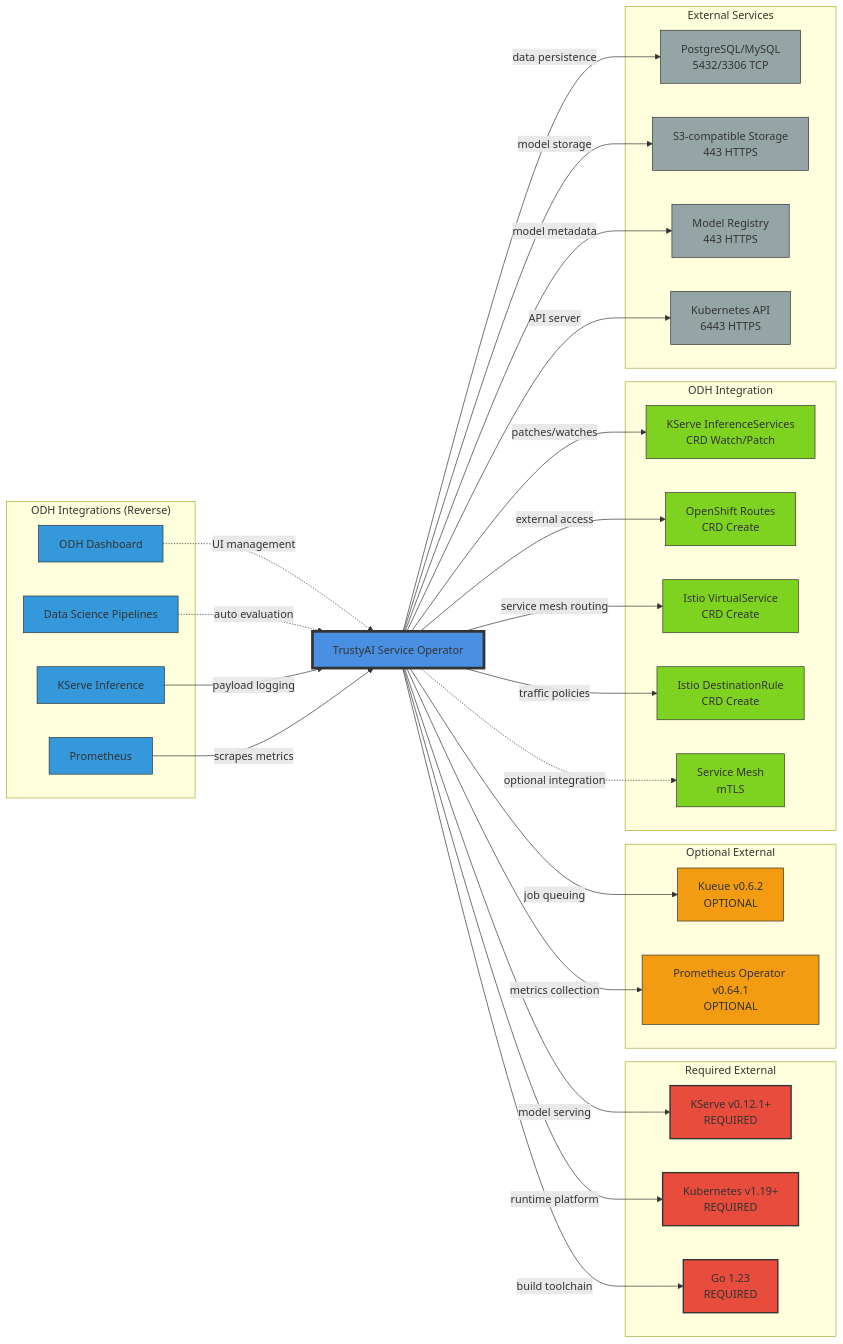
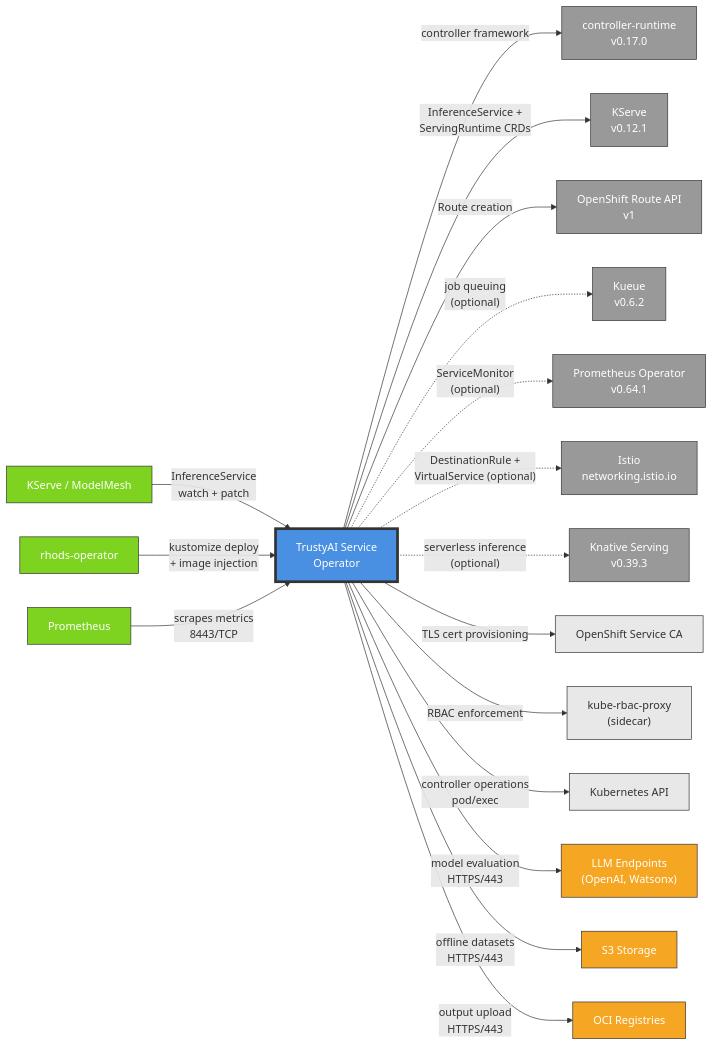
One commit to rhuss/architecture-context changed the diagram in architecture/rhoai-3.2/diagrams/trustyai-service-operator-dependencies.mmd. Above: the diagram before and after it, drawn with Mermaid. The commit also changed 765 other files, not shown here.

```diff
--- a/architecture/rhoai-3.2/diagrams/trustyai-service-operator-dependencies.mmd
+++ b/architecture/rhoai-3.2/diagrams/trustyai-service-operator-dependencies.mmd
@@ -1,83 +1,52 @@
+%% TrustyAI Service Operator - Component Dependencies Diagram
+%% Generated by: Claude Opus 4.6
+
 graph LR
-    TrustyAI[TrustyAI Service Operator]
+    TrustyAI["TrustyAI Service<br/>Operator"]
 
-    %% External Dependencies
-    TrustyAI -->|model serving| KServe[KServe v0.12.1+<br/>REQUIRED]
-    TrustyAI -->|runtime platform| Kubernetes[Kubernetes v1.19+<br/>REQUIRED]
-    TrustyAI -->|build toolchain| Go[Go 1.23<br/>REQUIRED]
-    TrustyAI -->|job queuing| Kueue[Kueue v0.6.2<br/>OPTIONAL]
-    TrustyAI -->|metrics collection| PrometheusOp[Prometheus Operator v0.64.1<br/>OPTIONAL]
+    %% External Dependencies (Required)
+    TrustyAI -->|"controller framework"| ControllerRuntime["controller-runtime<br/>v0.17.0"]
+    TrustyAI -->|"InferenceService +<br/>ServingRuntime CRDs"| KServe["KServe<br/>v0.12.1"]
+    TrustyAI -->|"Route creation"| OpenShiftRoute["OpenShift Route API<br/>v1"]
 
-    %% Internal ODH Dependencies
-    TrustyAI -->|patches/watches| InferenceServices[KServe InferenceServices<br/>CRD Watch/Patch]
-    TrustyAI -->|external access| Routes[OpenShift Routes<br/>CRD Create]
-    TrustyAI -->|service mesh routing| VirtualService[Istio VirtualService<br/>CRD Create]
-    TrustyAI -->|traffic policies| DestinationRule[Istio DestinationRule<br/>CRD Create]
-    TrustyAI -.->|optional integration| ServiceMesh[Service Mesh<br/>mTLS]
+    %% External Dependencies (Optional)
+    TrustyAI -.->|"job queuing<br/>(optional)"| Kueue["Kueue<br/>v0.6.2"]
+    TrustyAI -.->|"ServiceMonitor<br/>(optional)"| PrometheusOp["Prometheus Operator<br/>v0.64.1"]
+    TrustyAI -.->|"DestinationRule +<br/>VirtualService (optional)"| Istio["Istio<br/>networking.istio.io"]
+    TrustyAI -.->|"serverless inference<br/>(optional)"| Knative["Knative Serving<br/>v0.39.3"]
 
-    %% External Services
-    TrustyAI -->|data persistence| Database[PostgreSQL/MySQL<br/>5432/3306 TCP]
-    TrustyAI -->|model storage| S3[S3-compatible Storage<br/>443 HTTPS]
-    TrustyAI -->|model metadata| ModelRegistry[Model Registry<br/>443 HTTPS]
-    TrustyAI -->|API server| K8sAPI[Kubernetes API<br/>6443 HTTPS]
+    %% Internal ODH/RHOAI Dependencies
+    KServeMM["KServe / ModelMesh"] -->|"InferenceService<br/>watch + patch"| TrustyAI
+    RHODSOp["rhods-operator"] -->|"kustomize deploy<br/>+ image injection"| TrustyAI
 
-    %% Integration Points
-    Dashboard[ODH Dashboard] -.->|UI management| TrustyAI
-    Pipelines[Data Science Pipelines] -.->|auto evaluation| TrustyAI
-    KServeInf[KServe Inference] -->|payload logging| TrustyAI
-    Prometheus[Prometheus] -->|scrapes metrics| TrustyAI
+    %% Platform Dependencies
+    TrustyAI -->|"TLS cert provisioning"| ServiceCA["OpenShift Service CA"]
+    TrustyAI -->|"RBAC enforcement"| KubeRBACProxy["kube-rbac-proxy<br/>(sidecar)"]
+    TrustyAI -->|"controller operations<br/>pod/exec"| K8sAPI["Kubernetes API"]
 
-    %% Component Categories
-    subgraph "Required External"
-        KServe
-        Kubernetes
-        Go
-    end
+    %% External Services (Egress)
+    TrustyAI -->|"model evaluation<br/>HTTPS/443"| LLMEndpoints["LLM Endpoints<br/>(OpenAI, Watsonx)"]
+    TrustyAI -->|"offline datasets<br/>HTTPS/443"| S3["S3 Storage"]
+    TrustyAI -->|"output upload<br/>HTTPS/443"| OCI["OCI Registries"]
 
-    subgraph "Optional External"
-        Kueue
-        PrometheusOp
-    end
-
-    subgraph "ODH Integration"
-        InferenceServices
-        Routes
-        VirtualService
-        DestinationRule
-        ServiceMesh
-    end
-
-    subgraph "External Services"
-        Database
-        S3
-        ModelRegistry
-        K8sAPI
-    end
-
-    subgraph "ODH Integrations (Reverse)"
-        Dashboard
-        Pipelines
-        KServeInf
-        Prometheus
-    end
+    %% Integration Points (other components using TrustyAI)
+    Prometheus["Prometheus"] -->|"scrapes metrics<br/>8443/TCP"| TrustyAI
 
     %% Styling
-    style TrustyAI fill:#4a90e2,stroke:#333,stroke-width:4px
-    style KServe fill:#e74c3c,stroke:#333,stroke-width:2px
-    style Kubernetes fill:#e74c3c,stroke:#333,stroke-width:2px
-    style Go fill:#e74c3c,stroke:#333,stroke-width:2px
-    style Kueue fill:#f39c12,stroke:#333
-    style PrometheusOp fill:#f39c12,stroke:#333
-    style InferenceServices fill:#7ed321,stroke:#333
-    style Routes fill:#7ed321,stroke:#333
-    style VirtualService fill:#7ed321,stroke:#333
-    style DestinationRule fill:#7ed321,stroke:#333
-    style ServiceMesh fill:#7ed321,stroke:#333
-    style Database fill:#95a5a6,stroke:#333
-    style S3 fill:#95a5a6,stroke:#333
-    style ModelRegistry fill:#95a5a6,stroke:#333
-    style K8sAPI fill:#95a5a6,stroke:#333
-    style Dashboard fill:#3498db,stroke:#333
-    style Pipelines fill:#3498db,stroke:#333
-    style KServeInf fill:#3498db,stroke:#333
-    style Prometheus fill:#3498db,stroke:#333
+    style TrustyAI fill:#4a90e2,stroke:#333,stroke-width:4px,color:#fff
+    style ControllerRuntime fill:#999,stroke:#333,color:#fff
+    style KServe fill:#999,stroke:#333,color:#fff
+    style OpenShiftRoute fill:#999,stroke:#333,color:#fff
+    style Kueue fill:#999,stroke:#333,color:#fff
+    style PrometheusOp fill:#999,stroke:#333,color:#fff
+    style Istio fill:#999,stroke:#333,color:#fff
+    style Knative fill:#999,stroke:#333,color:#fff
+    style KServeMM fill:#7ed321,stroke:#333,color:#fff
+    style RHODSOp fill:#7ed321,stroke:#333,color:#fff
+    style ServiceCA fill:#e8e8e8,stroke:#333
+    style KubeRBACProxy fill:#e8e8e8,stroke:#333
+    style K8sAPI fill:#e8e8e8,stroke:#333
+    style LLMEndpoints fill:#f5a623,stroke:#333,color:#fff
+    style S3 fill:#f5a623,stroke:#333,color:#fff
+    style OCI fill:#f5a623,stroke:#333,color:#fff
+    style Prometheus fill:#7ed321,stroke:#333,color:#fff
```
